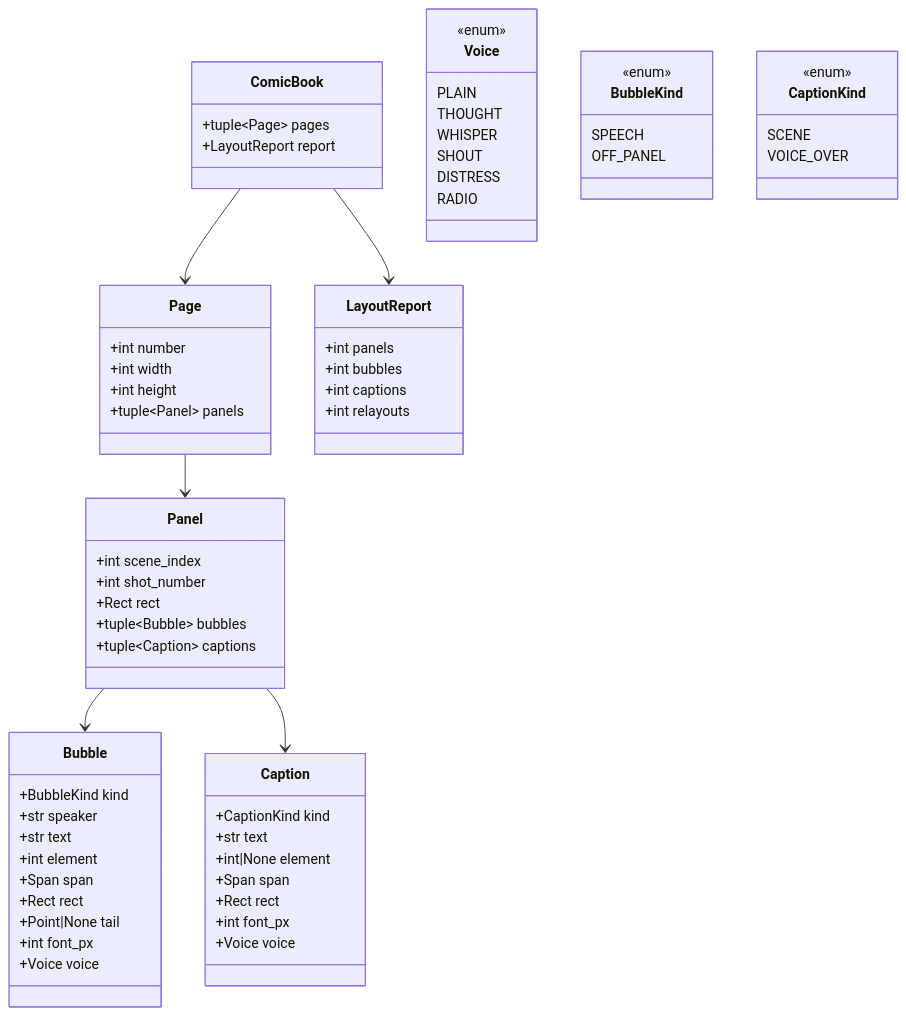
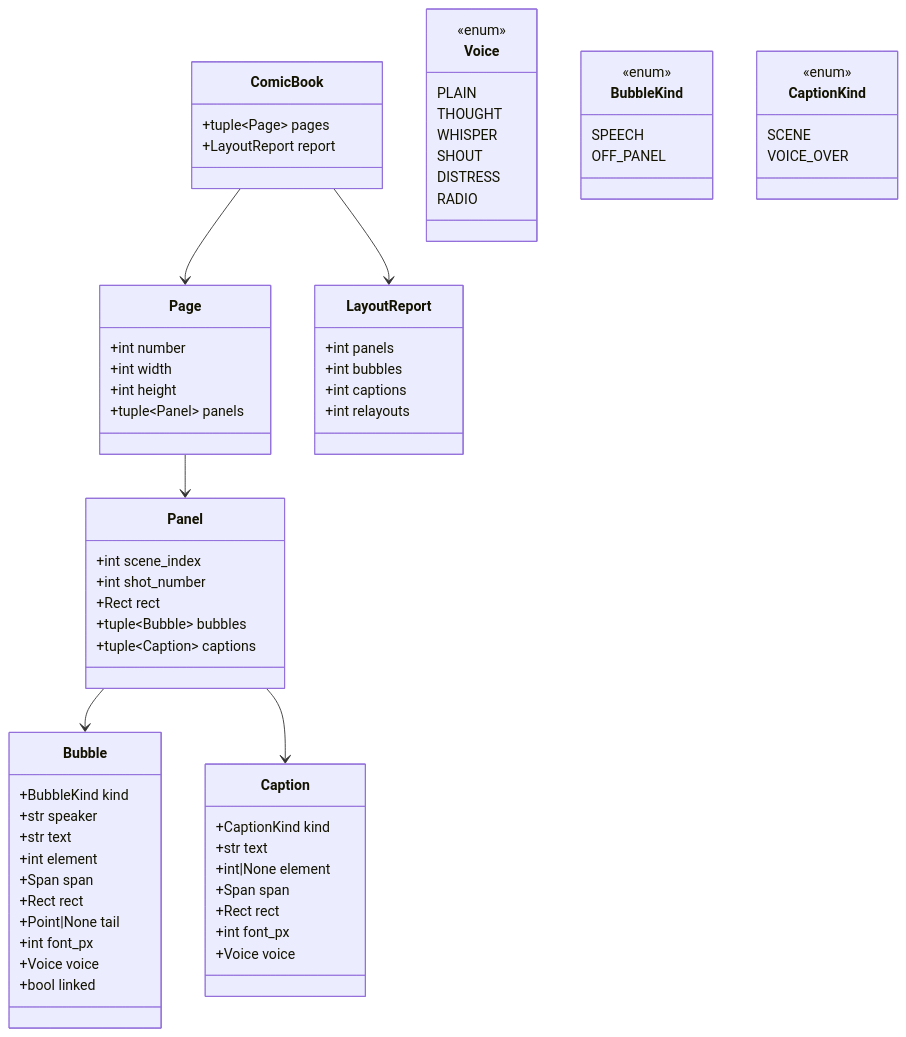
Before and after one commit to Katlego-tech/Panelwise: the first of 3 diagrams in docs/design/comic.md, drawn with Mermaid. The commit also changed other lines of this file and 1 other file, not shown here.

Commit message:
docs(comic): T118 one speaker's consecutive lines linked by a connector, the first with the tail (Katlego)

````diff
--- a/docs/design/comic.md
+++ b/docs/design/comic.md
@@ -37,70 +37,71 @@
 ```mermaid
 classDiagram
     class ComicBook {
         +tuple~Page~ pages
         +LayoutReport report
     }
     class Page {
         +int number
         +int width
         +int height
         +tuple~Panel~ panels
     }
     class Panel {
         +int scene_index
         +int shot_number
         +Rect rect
         +tuple~Bubble~ bubbles
         +tuple~Caption~ captions
     }
     class Bubble {
         +BubbleKind kind
         +str speaker
         +str text
         +int element
         +Span span
         +Rect rect
         +Point|None tail
         +int font_px
         +Voice voice
+        +bool linked
     }
     class Caption {
         +CaptionKind kind
         +str text
         +int|None element
         +Span span
         +Rect rect
         +int font_px
         +Voice voice
     }
     class Voice {
         <<enum>>
         PLAIN
         THOUGHT
         WHISPER
         SHOUT
         DISTRESS
         RADIO
     }
     class LayoutReport {
         +int panels
         +int bubbles
         +int captions
         +int relayouts
     }
     class BubbleKind {
         <<enum>>
         SPEECH
         OFF_PANEL
     }
     class CaptionKind {
         <<enum>>
         SCENE
         VOICE_OVER
     }
     ComicBook --> Page
     ComicBook --> LayoutReport
     Page --> Panel
     Panel --> Bubble
     Panel --> Caption
 ```
````
